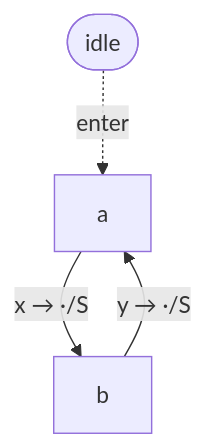
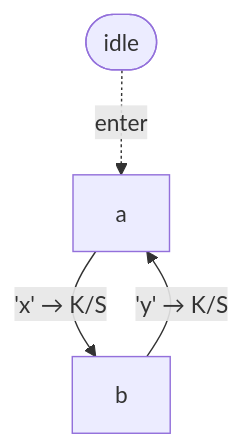
Before and after one commit to mellonis/turing-machine-js: the fifth of 8 diagrams in packages/machine/README.md, drawn with Mermaid. The commit also changed other lines of this file and 7 other files, not shown here.

````diff
--- a/packages/machine/README.md
+++ b/packages/machine/README.md
@@ -312,10 +312,10 @@
 ```mermaid
 flowchart TD
 %% alphabets: [[" ","x","y"]]
   s1["a"]
   s2["b"]
   idle([idle])
   idle -. enter .-> s1
-  s1 -- "x → ·/S" --> s2
-  s2 -- "y → ·/S" --> s1
+  s1 -- "'x' → K/S" --> s2
+  s2 -- "'y' → K/S" --> s1
 ```
````
